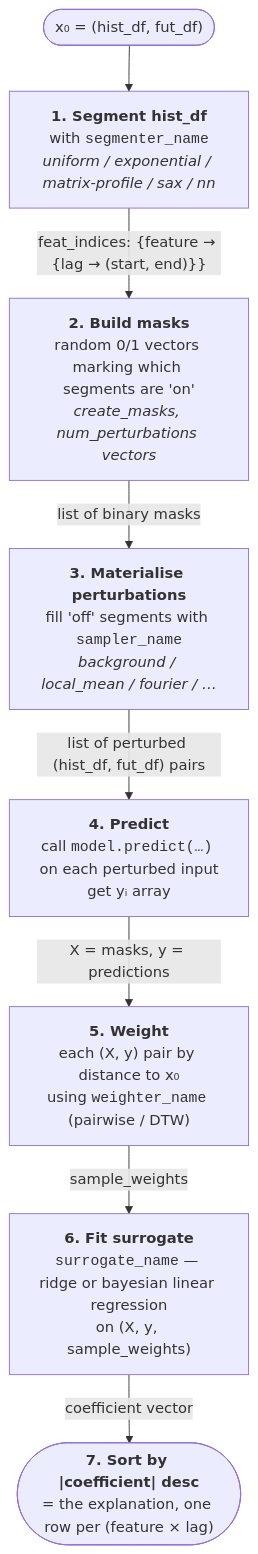
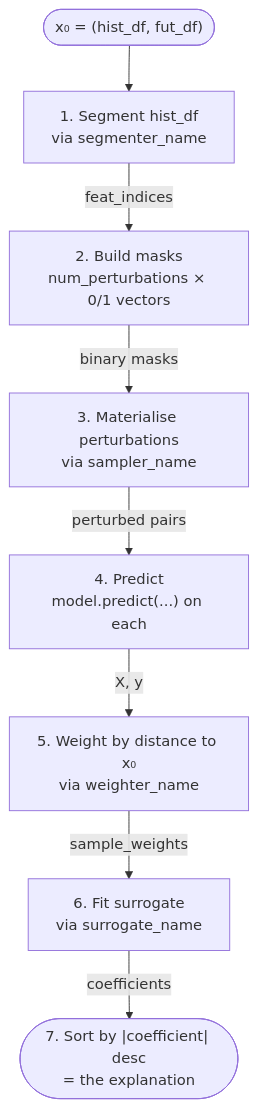
The diagram in EXPLAIN.md (dhis2-chap/chap-core), drawn with Mermaid before and after one commit.

Commit message:
docs(EXPLAIN): drop HTML tags from §3 mermaid nodes
Zed's mermaid renderer doesn't process <b>/<i>/<code> tags inside node
labels — they were leaking through as literal text in preview. GitHub
and mkdocs-material happen to render them; Zed doesn't. Use plain
text labels with <br> line breaks (universally supported), shorter
captions, and shorter edge labels. Identical 7-step flow.

````diff
--- a/EXPLAIN.md
+++ b/EXPLAIN.md
@@ -56,19 +56,19 @@
 ```mermaid
 flowchart TD
     x0(["x₀ = (hist_df, fut_df)"])
-    s1["<b>1. Segment hist_df</b><br/>with <code>segmenter_name</code><br/><i>uniform / exponential / matrix-profile / sax / nn</i>"]
-    s2["<b>2. Build masks</b><br/>random 0/1 vectors marking which segments are 'on'<br/><i>create_masks, num_perturbations vectors</i>"]
-    s3["<b>3. Materialise perturbations</b><br/>fill 'off' segments with <code>sampler_name</code><br/><i>background / local_mean / fourier / …</i>"]
-    s4["<b>4. Predict</b><br/>call <code>model.predict(…)</code> on each perturbed input<br/>get yᵢ array"]
-    s5["<b>5. Weight</b><br/>each (X, y) pair by distance to x₀<br/>using <code>weighter_name</code> (pairwise / DTW)"]
-    s6["<b>6. Fit surrogate</b><br/><code>surrogate_name</code> — ridge or bayesian linear regression<br/>on (X, y, sample_weights)"]
-    s7(["<b>7. Sort by |coefficient| desc</b><br/>= the explanation, one row per (feature × lag)"])
+    s1["1. Segment hist_df<br>via segmenter_name"]
+    s2["2. Build masks<br>num_perturbations × 0/1 vectors"]
+    s3["3. Materialise perturbations<br>via sampler_name"]
+    s4["4. Predict<br>model.predict(...) on each"]
+    s5["5. Weight by distance to x₀<br>via weighter_name"]
+    s6["6. Fit surrogate<br>via surrogate_name"]
+    s7(["7. Sort by |coefficient| desc<br>= the explanation"])
 
     x0 --> s1
-    s1 -->|"feat_indices: {feature → {lag → (start, end)}}"| s2
-    s2 -->|"list of binary masks"| s3
-    s3 -->|"list of perturbed (hist_df, fut_df) pairs"| s4
-    s4 -->|"X = masks, y = predictions"| s5
-    s5 -->|"sample_weights"| s6
-    s6 -->|"coefficient vector"| s7
+    s1 -->|feat_indices| s2
+    s2 -->|binary masks| s3
+    s3 -->|perturbed pairs| s4
+    s4 -->|X, y| s5
+    s5 -->|sample_weights| s6
+    s6 -->|coefficients| s7
 ```
````
